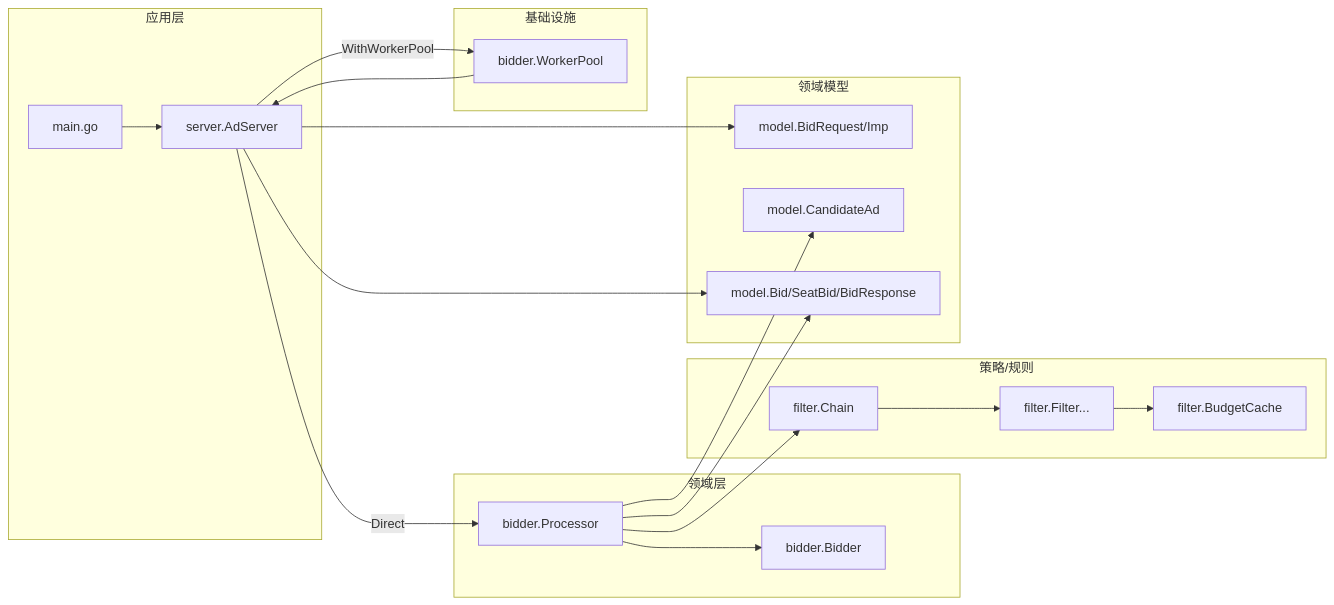
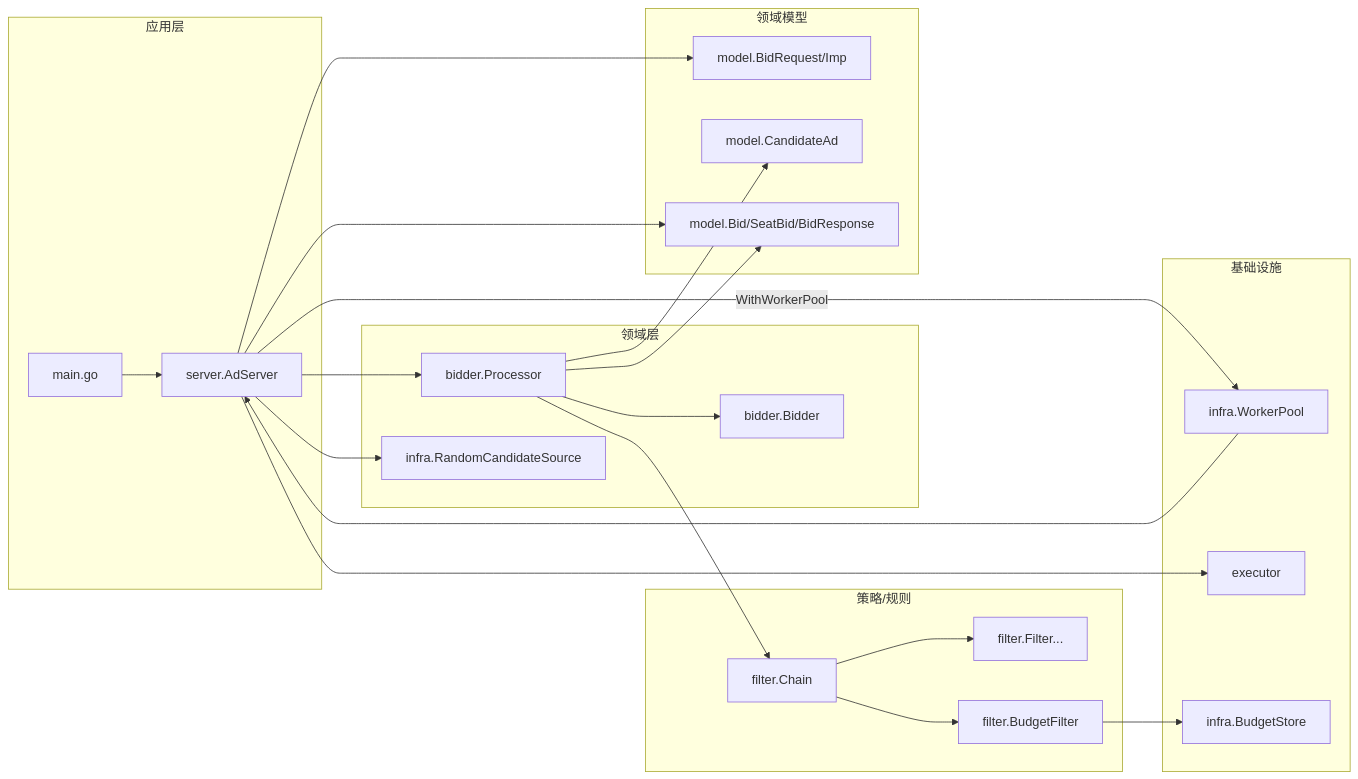
One commit to songfei1983/adreq changed the diagram in docs/architecture.zh.md. Above: the diagram before and after it, drawn with Mermaid. The commit also changed other lines of this file and 27 other files, not shown here.

````diff
--- a/docs/architecture.zh.md
+++ b/docs/architecture.zh.md
@@ -12,41 +12,47 @@
 ```mermaid
 flowchart LR
   subgraph app[应用层]
     main[main.go]
     srv[server.AdServer]
   end
 
   subgraph domain[领域层]
     proc[bidder.Processor]
+    source[infra.RandomCandidateSource]
     bid[bidder.Bidder]
   end
 
   subgraph policy[策略/规则]
     chain[filter.Chain]
     f1[filter.Filter...]
-    cache[filter.BudgetCache]
+    bf[filter.BudgetFilter]
   end
 
   subgraph infra[基础设施]
-    pool[bidder.WorkerPool]
+    pool[infra.WorkerPool]
+    exec[executor]
+    budget[infra.BudgetStore]
   end
 
   subgraph model[领域模型]
     req[model.BidRequest/Imp]
     cand[model.CandidateAd]
     br[model.Bid/SeatBid/BidResponse]
   end
 
   main --> srv
   srv --> req
-  srv -->|Direct| proc
+  srv --> exec
+  srv --> source
+  srv --> proc
   srv -->|WithWorkerPool| pool
   pool --> srv
   proc --> chain
   proc --> bid
   proc --> cand
   chain --> f1
-  f1 --> cache
+  chain --> bf
+  bf --> budget
   proc --> br
   srv --> br
 ```
````
